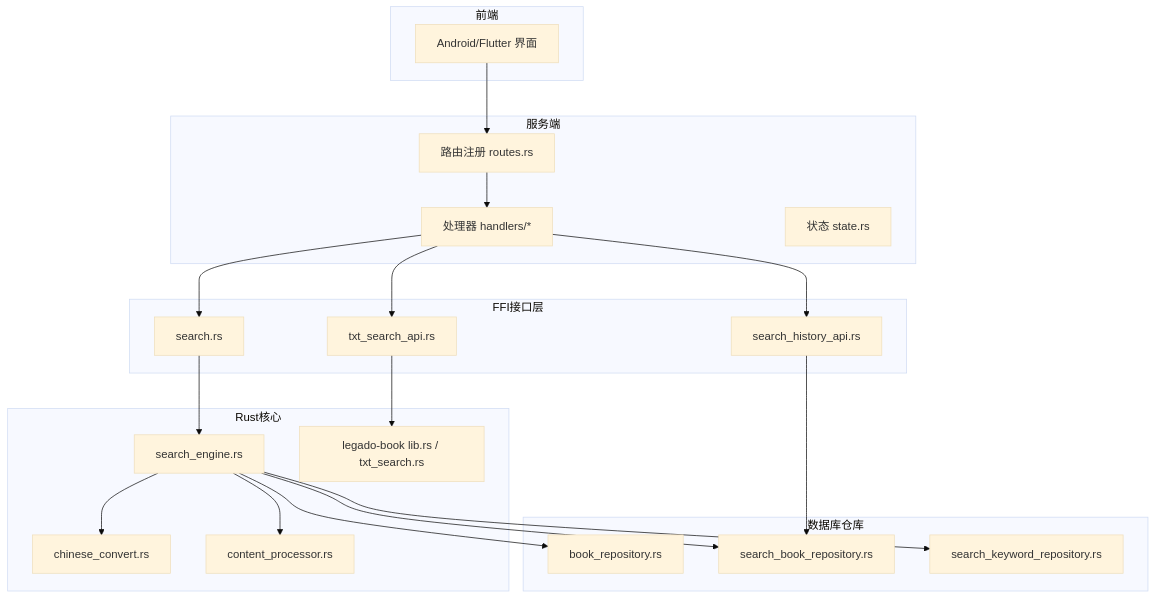
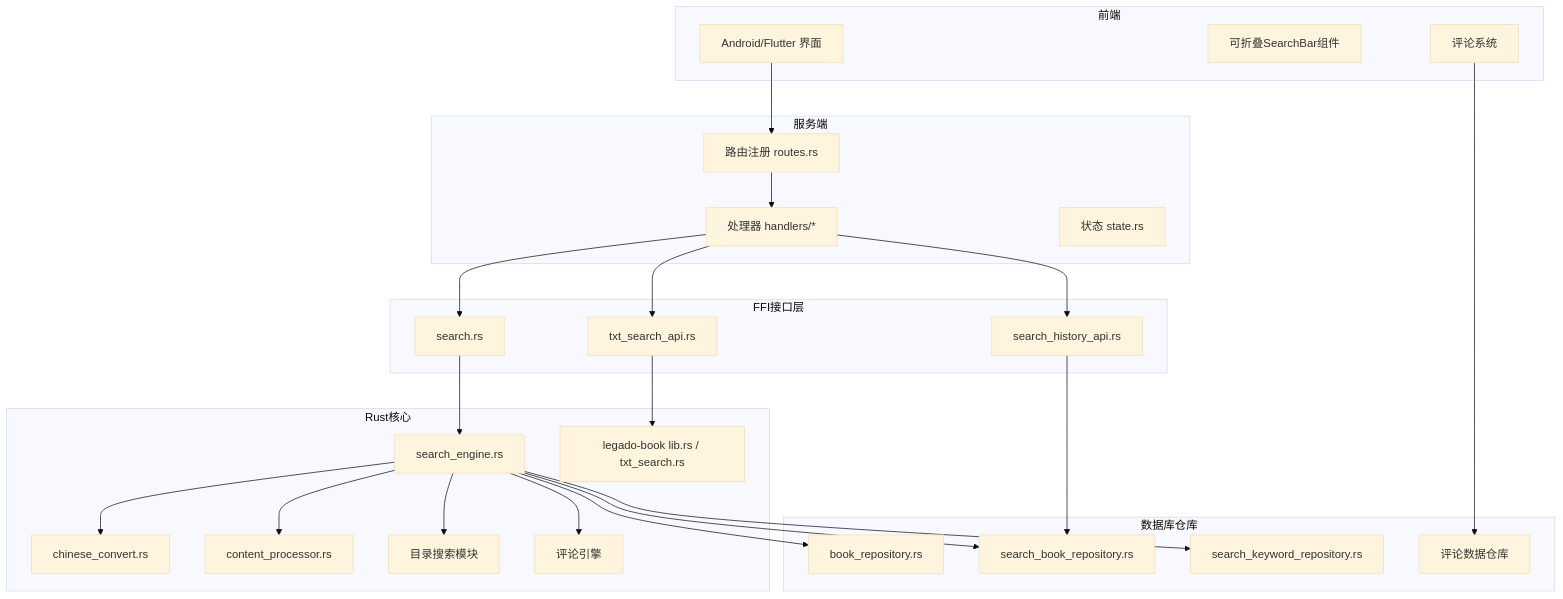
The first of 4 diagrams in .qoder/repowiki/zh/content/搜索功能/搜索功能.md (ZhangGHGitHub/LegadoTeamFlutter), drawn with Mermaid (base theme) before and after one commit. The commit also changed other lines of this file and 269 other files, not shown here.

````diff
--- a/.qoder/repowiki/zh/content/搜索功能/搜索功能.md
+++ b/.qoder/repowiki/zh/content/搜索功能/搜索功能.md
@@ -44,40 +56,48 @@
 ```mermaid
 graph TB
 subgraph "前端"
 UI["Android/Flutter 界面"]
+SearchBar["可折叠SearchBar组件"]
+CommentSystem["评论系统"]
 end
 subgraph "服务端"
 Routes["路由注册 routes.rs"]
 Handlers["处理器 handlers/*"]
 State["状态 state.rs"]
 end
 subgraph "FFI接口层"
 SearchAPI["search.rs"]
 HistoryAPI["search_history_api.rs"]
 TxtSearchAPI["txt_search_api.rs"]
 end
 subgraph "Rust核心"
 CoreSearch["search_engine.rs"]
 ChineseConvert["chinese_convert.rs"]
 ContentProc["content_processor.rs"]
 BookLib["legado-book lib.rs / txt_search.rs"]
+DirSearch["目录搜索模块"]
+CommentEngine["评论引擎"]
 end
 subgraph "数据库仓库"
 RepoBook["book_repository.rs"]
 RepoSearchBook["search_book_repository.rs"]
 RepoKeyword["search_keyword_repository.rs"]
+RepoComment["评论数据仓库"]
 end
 UI --> Routes
 Routes --> Handlers
 Handlers --> SearchAPI
 Handlers --> HistoryAPI
 Handlers --> TxtSearchAPI
 SearchAPI --> CoreSearch
 HistoryAPI --> RepoSearchBook
 TxtSearchAPI --> BookLib
 CoreSearch --> RepoBook
 CoreSearch --> RepoSearchBook
 CoreSearch --> RepoKeyword
 CoreSearch --> ChineseConvert
 CoreSearch --> ContentProc
+CoreSearch --> DirSearch
+CoreSearch --> CommentEngine
+CommentSystem --> RepoComment
 ```
````
